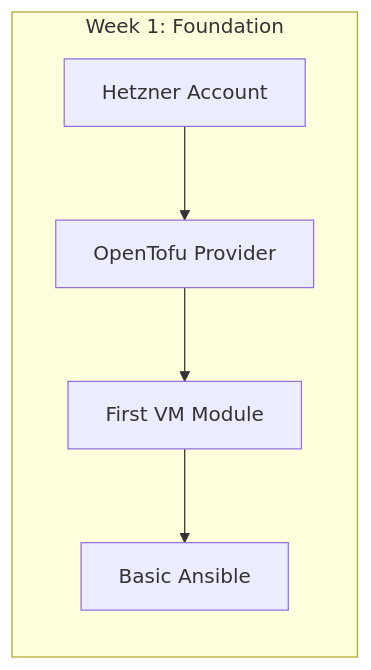
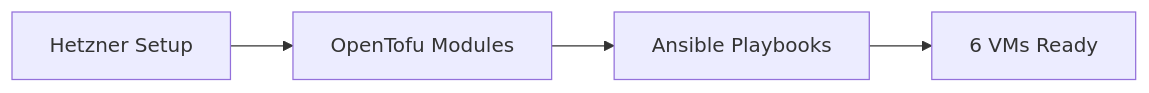
Before and after one commit to PearlThoughtsInternship/Internship-Obsidian-Vault: the seventh of 11 diagrams in DevOps/02-Engineering/01-Architecture.md, drawn with Mermaid. The commit also changed other lines of this file and 1 other file, not shown here.

First line of the commit message:
Rewrite market context and architecture with ContentAI product-first narrative

````diff
--- a/DevOps/02-Engineering/01-Architecture.md
+++ b/DevOps/02-Engineering/01-Architecture.md
@@ -426,8 +361,6 @@
 ```mermaid
 flowchart LR
-    subgraph W1["Week 1: Foundation"]
-        T1["Hetzner Account"] --> T2["OpenTofu Provider"]
-        T2 --> T3["First VM Module"]
-        T3 --> T4["Basic Ansible"]
-    end
+    T1["Hetzner Setup"] --> T2["OpenTofu Modules"]
+    T2 --> T3["Ansible Playbooks"]
+    T3 --> T4["6 VMs Ready"]
 ```
````
